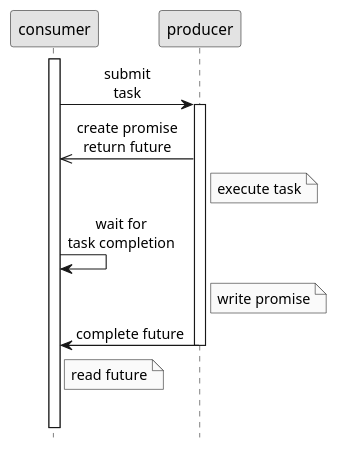
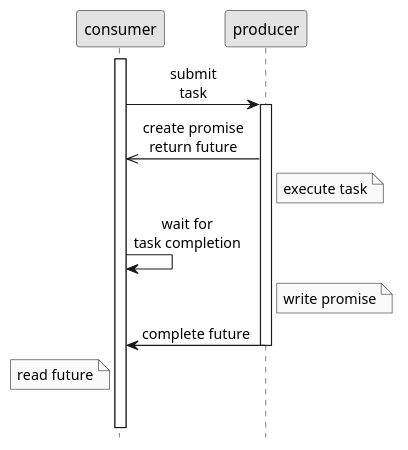
One commit to ti-cortex-m4/demo-java-completablefuture changed the diagram in doc/future and promise.puml. Above: the diagram before and after it, drawn with PlantUML.

```diff
--- a/doc/future and promise.puml
+++ b/doc/future and promise.puml
@@ -1,21 +1,21 @@
 @startuml
 hide footbox
 skinparam monochrome true
 skinparam defaultFontName Source Sans Pro
 skinparam titleFontSize 15
 skinparam sequenceMessageAlign center
 
 activate consumer
 consumer->producer: submit\ntask
 activate producer
 producer->>consumer: create promise\nreturn future
 Note right of producer: execute task
 consumer->consumer: wait for\ntask completion
 Note right of producer: write promise
 producer->consumer: complete future
 deactivate producer
-Note right of consumer: read future
+Note left of consumer: read future
 
 ||14||
 producer -[#white]->]
 @enduml
```
